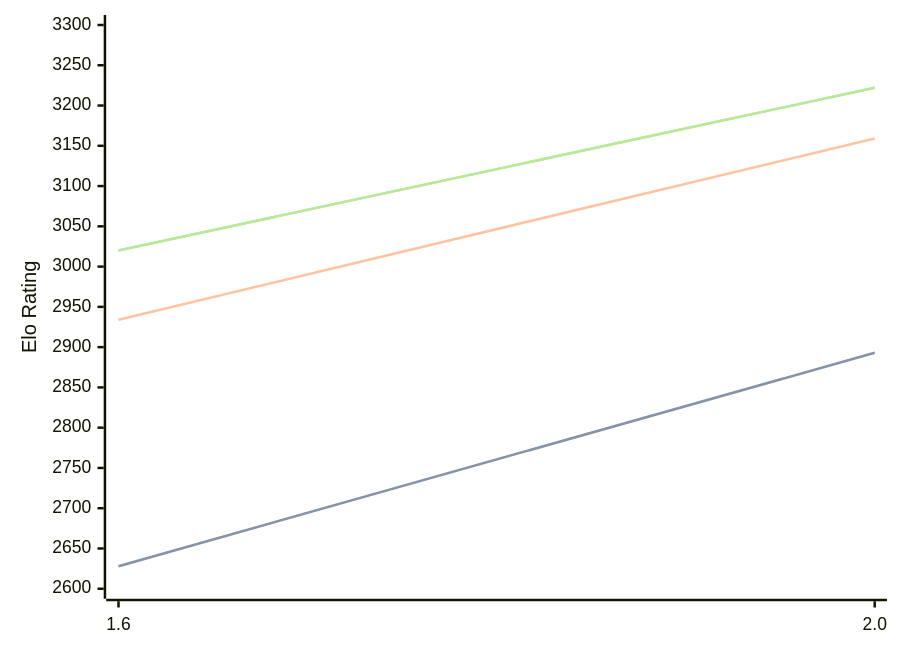
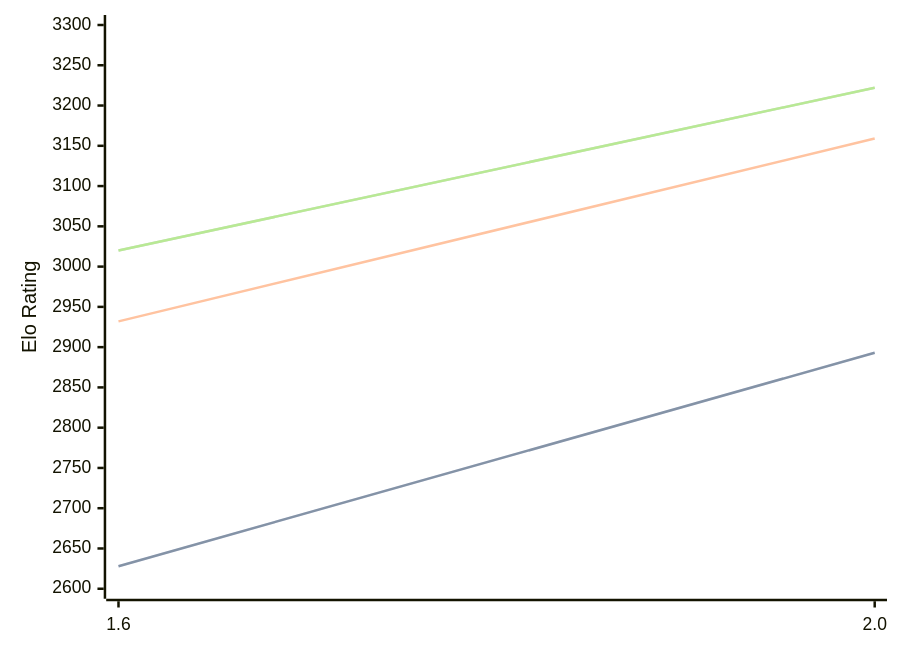
The diagram in engines/Onyx.md (computer-chess-index/cci), drawn with Mermaid before and after one commit. The commit also changed other lines of this file, not shown here.

````diff
--- a/engines/Onyx.md
+++ b/engines/Onyx.md
@@ -32,11 +32,11 @@
 ```mermaid
 %%{init: {"theme":"base","themeVariables":{"seriesColors:['#a3a3a3','#222221','#faa371']}}}%%
 xychart-beta
   x-axis ["1.6", "2.0"]
   y-axis "Elo Rating" 2600 --> 3300
   line "" [2628, 2893]
   line "STC (8.0+0.08s)" [2628, 2893]
-  line "LTC (60.0+0.60s)" [2934, 3159]
+  line "LTC (60.0+0.60s)" [2932, 3159]
   line "" [3020, 3222]
   line "VLTC (2m24s+1.12s)" [3020, 3222]
 ```
````
